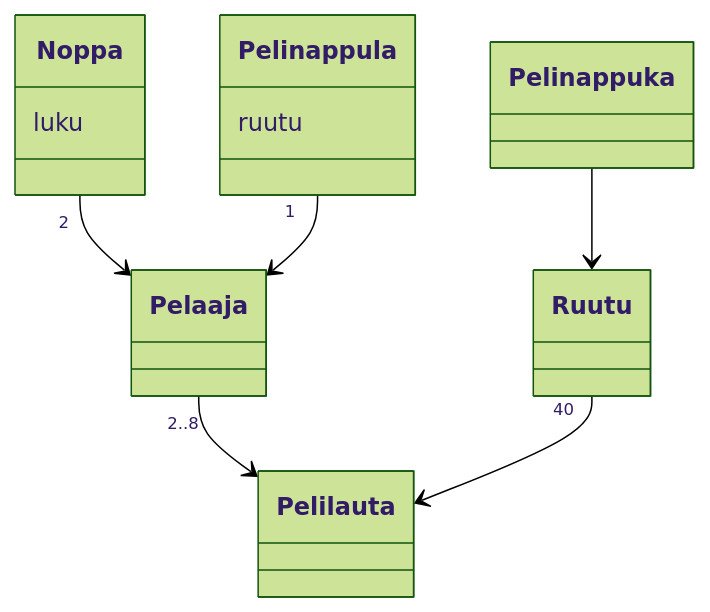
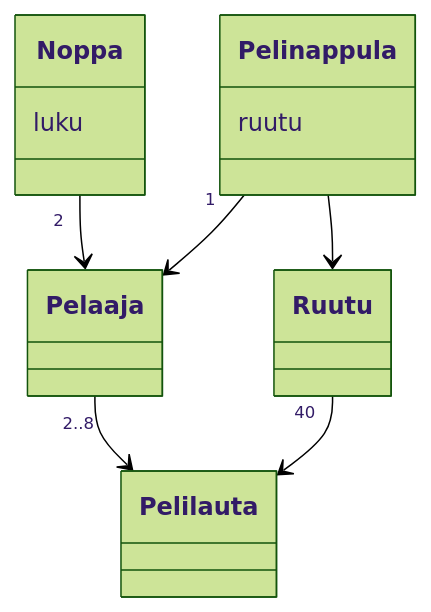
One commit to Yahimoh/ot-harjoitustyo changed the diagram in laskarit/viikko3/Monopoli_kaavio.md. Above: the diagram before and after it, drawn with Mermaid (forest theme).

````diff
--- a/laskarit/viikko3/Monopoli_kaavio.md
+++ b/laskarit/viikko3/Monopoli_kaavio.md
@@ -1,26 +1,26 @@
 ```mermaid
  classDiagram
 	
 	Noppa "2" --> Pelaaja
 	Pelaaja "2..8" --> Pelilauta
 	Ruutu "40" --> Pelilauta
 	Pelinappula "1" --> Pelaaja
-	Pelinappuka --> Ruutu
+	Pelinappula --> Ruutu
 
 	class Noppa {
 		luku
 	}
 
         class Pelaaja {     
         }
 
 	class Pelilauta {
 	}
 
 	class Ruutu {
 	}
 	
 	class Pelinappula {
 		ruutu
 	}
 ```
````
